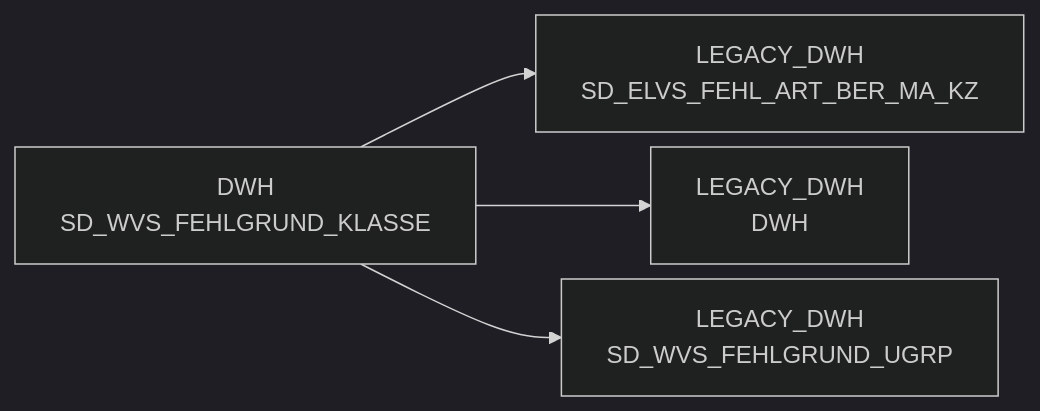
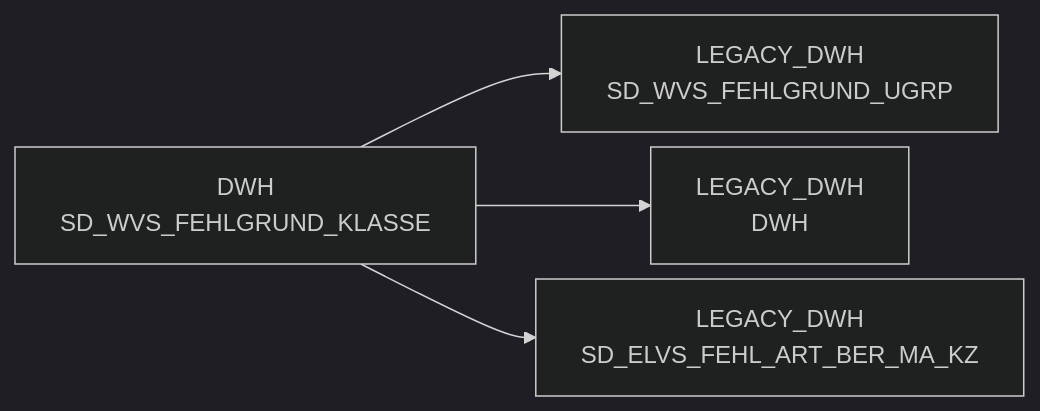
Before and after one commit to integration-factory-de/sas_code_docs: the diagram in docs/Tables/DWH/SD_WVS_FEHLGRUND_KLASSE.md, drawn with Mermaid (dark theme). The commit also changed other lines of this file and 129 other files, not shown here.

````diff
--- a/docs/Tables/DWH/SD_WVS_FEHLGRUND_KLASSE.md
+++ b/docs/Tables/DWH/SD_WVS_FEHLGRUND_KLASSE.md
@@ -9,15 +20,15 @@
 ```mermaid
 %%{init: {'flowchart': { 'nodeSpacing': 10, 'rankSpacing': 40, 'rankdir': 'TB' }}}%%
 
 flowchart LR
 
+  DWH.SD_WVS_FEHLGRUND_KLASSE["DWH<br/>SD_WVS_FEHLGRUND_KLASSE"] --> LEGACY_DWH.SD_WVS_FEHLGRUND_UGRP["LEGACY_DWH<br/>SD_WVS_FEHLGRUND_UGRP"]
+  DWH.SD_WVS_FEHLGRUND_KLASSE["DWH<br/>SD_WVS_FEHLGRUND_KLASSE"] --> LEGACY_DWH.DWH["LEGACY_DWH<br/>DWH"]
   DWH.SD_WVS_FEHLGRUND_KLASSE["DWH<br/>SD_WVS_FEHLGRUND_KLASSE"] --> LEGACY_DWH.SD_ELVS_FEHL_ART_BER_MA_KZ["LEGACY_DWH<br/>SD_ELVS_FEHL_ART_BER_MA_KZ"]
-  DWH.SD_WVS_FEHLGRUND_KLASSE["DWH<br/>SD_WVS_FEHLGRUND_KLASSE"] --> LEGACY_DWH.DWH["LEGACY_DWH<br/>DWH"]
-  DWH.SD_WVS_FEHLGRUND_KLASSE["DWH<br/>SD_WVS_FEHLGRUND_KLASSE"] --> LEGACY_DWH.SD_WVS_FEHLGRUND_UGRP["LEGACY_DWH<br/>SD_WVS_FEHLGRUND_UGRP"]
   click DWH.SD_WVS_FEHLGRUND_KLASSE "../../tables/DWH/SD_WVS_FEHLGRUND_KLASSE"
   click DWH.SD_WVS_FEHLGRUND_KLASSE "../../tables/DWH/SD_WVS_FEHLGRUND_KLASSE"
   click DWH.SD_WVS_FEHLGRUND_KLASSE "../../tables/DWH/SD_WVS_FEHLGRUND_KLASSE"
+  click LEGACY_DWH.SD_WVS_FEHLGRUND_UGRP "../../tables/LEGACY_DWH/SD_WVS_FEHLGRUND_UGRP"
+  click LEGACY_DWH.DWH "../../tables/LEGACY_DWH/DWH"
   click LEGACY_DWH.SD_ELVS_FEHL_ART_BER_MA_KZ "../../tables/LEGACY_DWH/SD_ELVS_FEHL_ART_BER_MA_KZ"
-  click LEGACY_DWH.DWH "../../tables/LEGACY_DWH/DWH"
-  click LEGACY_DWH.SD_WVS_FEHLGRUND_UGRP "../../tables/LEGACY_DWH/SD_WVS_FEHLGRUND_UGRP"
 ```
````
